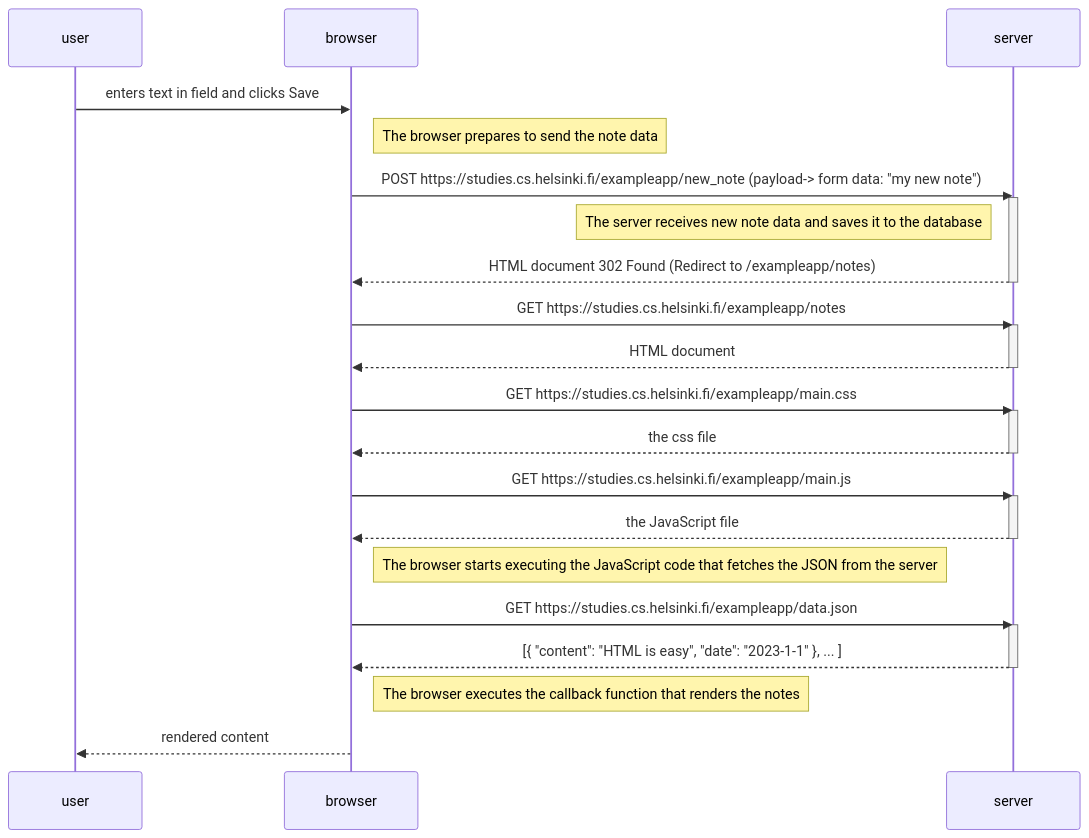
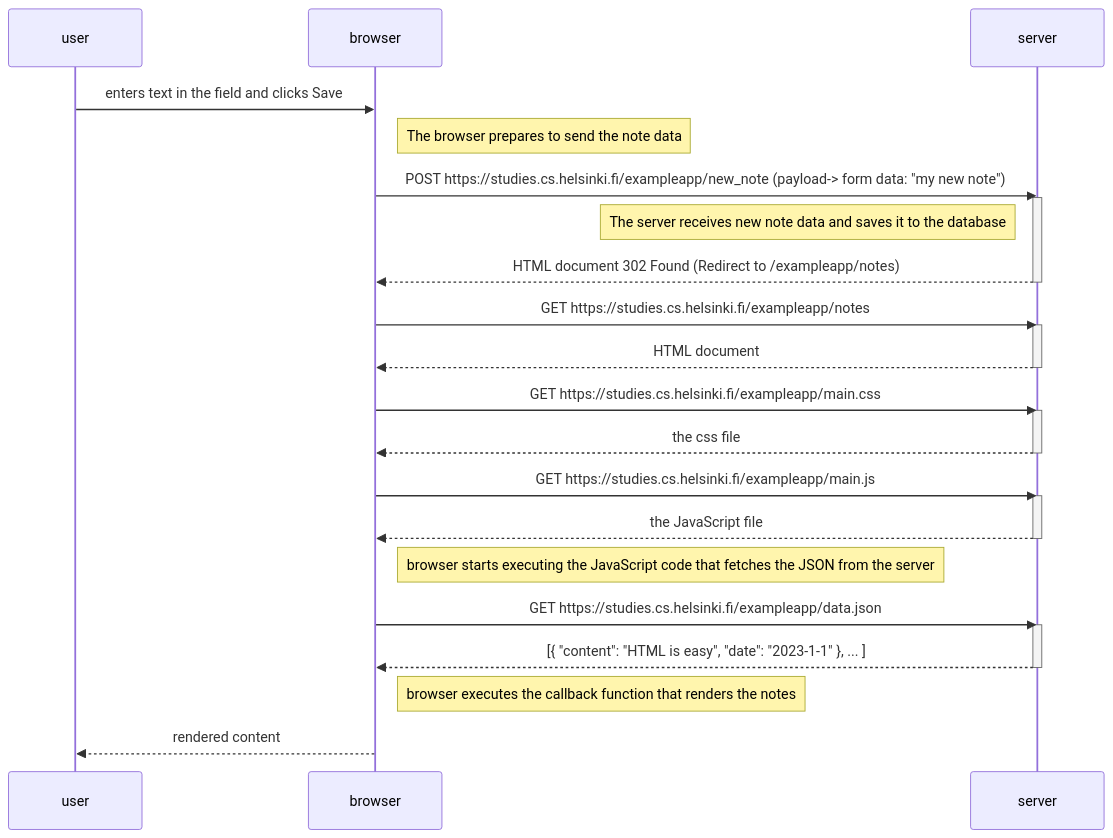
Before and after one commit to Kovshan/fullstackopen-exercises: the diagram in part0/0.4-new-note-diagram.md, drawn with Mermaid. The commit also changed 2 other files, not shown here.

Commit message:
docs: Fix Part 0 diagrams (0.4, 0.5 and 0.6)

````diff
--- a/part0/0.4-new-note-diagram.md
+++ b/part0/0.4-new-note-diagram.md
@@ -1,43 +1,43 @@
 ```mermaid
 sequenceDiagram
     participant user
     participant browser
     participant server
 
-    user->>browser: enters text in field and clicks Save
+    user->>browser: enters text in the field and clicks Save
     Note right of browser: The browser prepares to send the note data
 
     browser->>server: POST https://studies.cs.helsinki.fi/exampleapp/new_note (payload-> form data: "my new note")
     activate server
     Note left of server: The server receives new note data and saves it to the database
 
     server-->>browser: HTML document 302 Found (Redirect to /exampleapp/notes)
     deactivate server
 
     browser->>server: GET https://studies.cs.helsinki.fi/exampleapp/notes
     activate server
     server-->>browser: HTML document
     deactivate server
 
     browser->>server: GET https://studies.cs.helsinki.fi/exampleapp/main.css
     activate server
     server-->>browser: the css file
     deactivate server
 
     browser->>server: GET https://studies.cs.helsinki.fi/exampleapp/main.js
     activate server
     server-->>browser: the JavaScript file
     deactivate server
 
-    Note right of browser: The browser starts executing the JavaScript code that fetches the JSON from the server
+    Note right of browser: browser starts executing the JavaScript code that fetches the JSON from the server
 
     browser->>server: GET https://studies.cs.helsinki.fi/exampleapp/data.json
     activate server
     server-->>browser: [{ "content": "HTML is easy", "date": "2023-1-1" }, ... ]
     deactivate server
 
-    Note right of browser: The browser executes the callback function that renders the notes
+    Note right of browser: browser executes the callback function that renders the notes
 
     browser-->>user: rendered content
 
 ```
````
